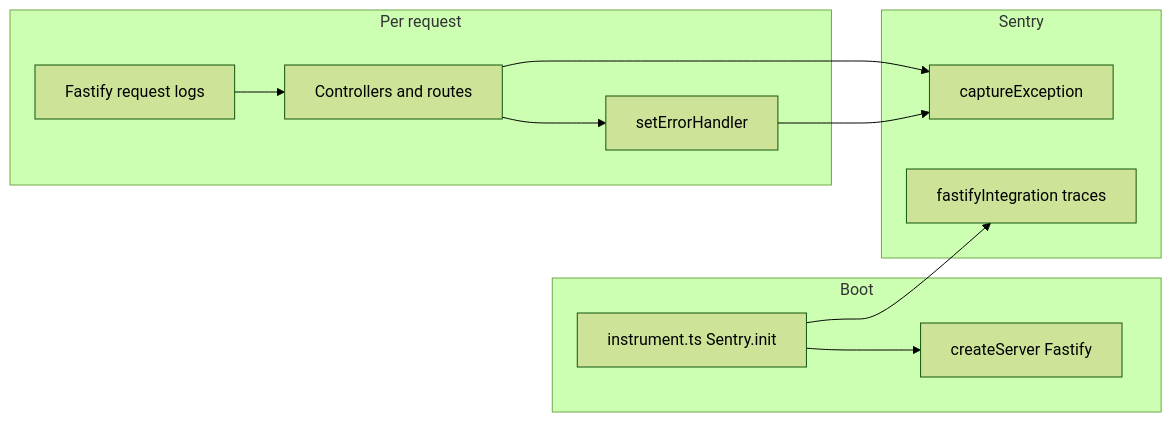
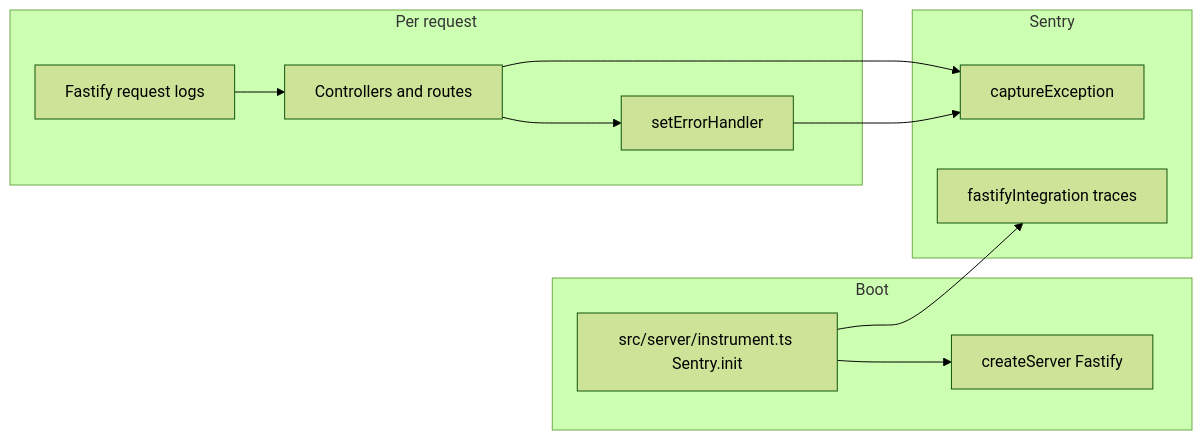
The diagram in docs/wiki/Sentry-and-logger.md (DiegoFleitas/letterboxd-movie-justwatch), drawn with Mermaid (forest theme) before and after one commit. The commit also changed other lines of this file and 160 other files, not shown here.

````diff
--- a/docs/wiki/Sentry-and-logger.md
+++ b/docs/wiki/Sentry-and-logger.md
@@ -113,23 +113,23 @@
 ```mermaid
 flowchart LR
   subgraph boot [Boot]
-    instrument[instrument.ts Sentry.init]
+    instrument[src/server/instrument.ts Sentry.init]
     fastify[createServer Fastify]
     instrument --> fastify
   end
   subgraph request [Per request]
     requestLog[Fastify request logs]
     routes[Controllers and routes]
     errHandler[setErrorHandler]
     requestLog --> routes
     routes --> errHandler
   end
   subgraph sentry [Sentry]
     capEx[captureException]
     fastifyInt[fastifyIntegration traces]
   end
   instrument --> fastifyInt
   errHandler --> capEx
   routes --> capEx
   %% no logger-to-Sentry message bridge
 ```
````
